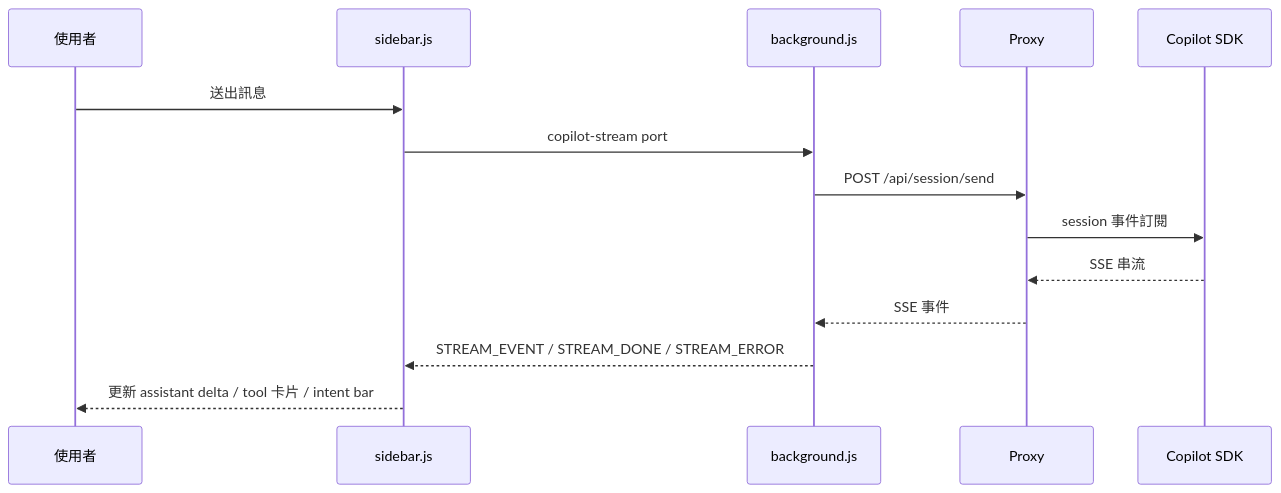
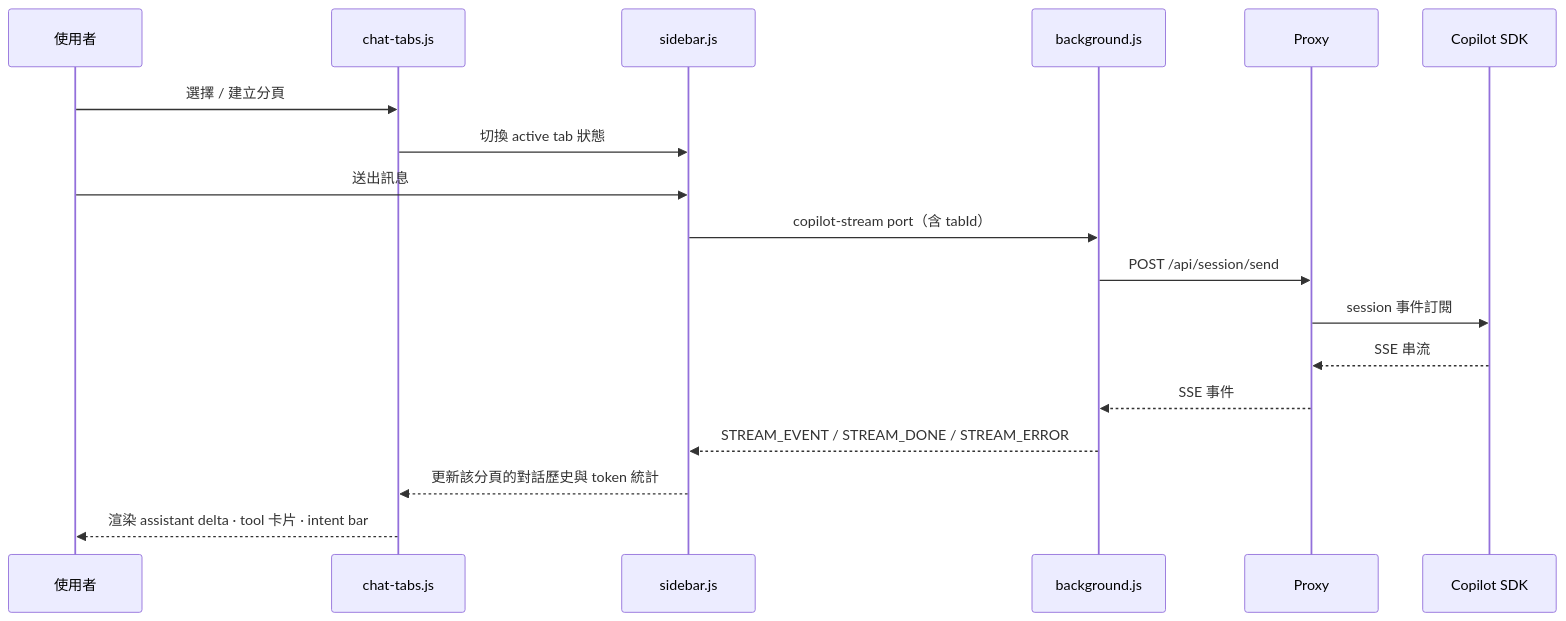
The fourth of 9 diagrams in docs/architecture.md (payton-chou-ms/browser-ext-for-iq-agent), drawn with Mermaid before and after one commit. The commit also changed other lines of this file and 8 other files, not shown here.

First line of the commit message:
feat: Enhance architecture documentation and add image serving capability

````diff
--- a/docs/architecture.md
+++ b/docs/architecture.md
@@ -146,17 +221,21 @@
 ```mermaid
 sequenceDiagram
   participant U as 使用者
+  participant TAB as chat-tabs.js
   participant SB as sidebar.js
   participant BG as background.js
   participant PX as Proxy
   participant SDK as Copilot SDK
 
+  U->>TAB: 選擇 / 建立分頁
+  TAB->>SB: 切換 active tab 狀態
   U->>SB: 送出訊息
-  SB->>BG: copilot-stream port
+  SB->>BG: copilot-stream port（含 tabId）
   BG->>PX: POST /api/session/send
   PX->>SDK: session 事件訂閱
   SDK-->>PX: SSE 串流
   PX-->>BG: SSE 事件
   BG-->>SB: STREAM_EVENT / STREAM_DONE / STREAM_ERROR
-  SB-->>U: 更新 assistant delta / tool 卡片 / intent bar
+  SB-->>TAB: 更新該分頁的對話歷史與 token 統計
+  TAB-->>U: 渲染 assistant delta · tool 卡片 · intent bar
 ```
````
